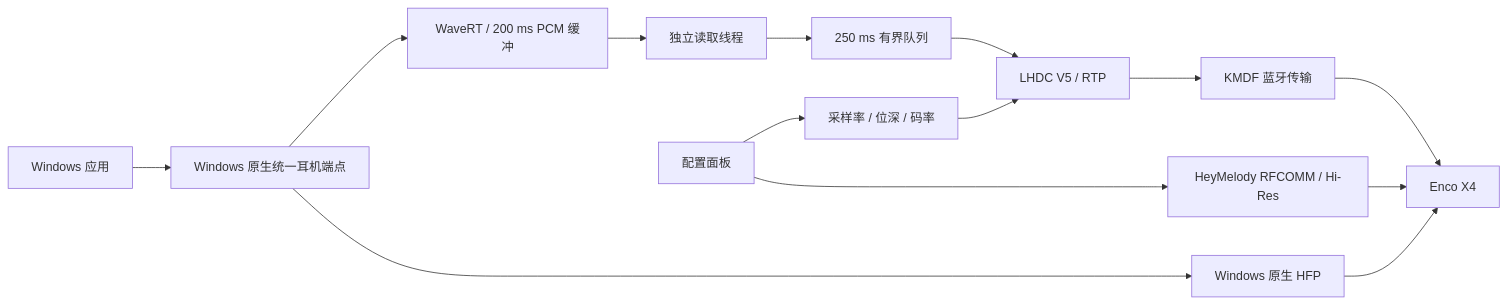
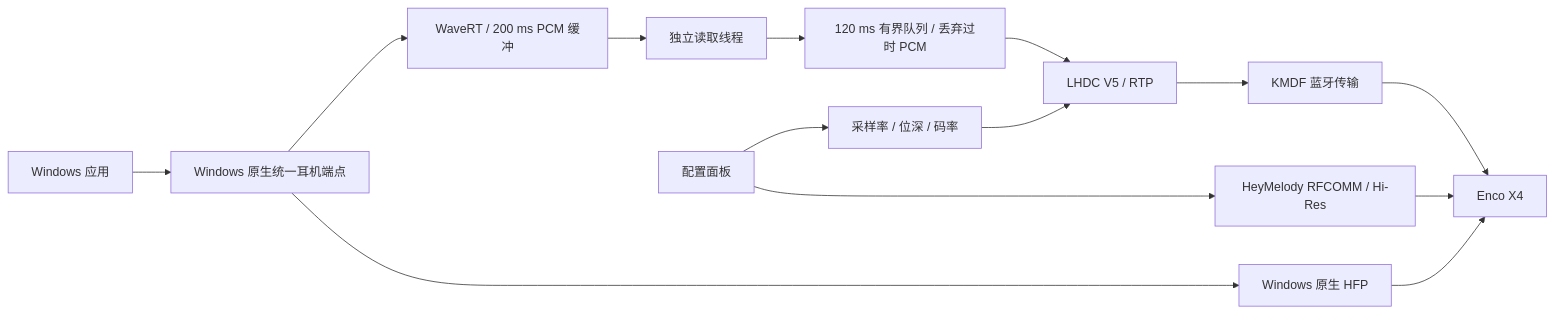
One commit to Wayne-u/LHDC-Win changed the diagram in docs/architecture.md. Above: the diagram before and after it, drawn with Mermaid. The commit also changed other lines of this file and 54 other files, not shown here.

````diff
--- a/docs/architecture.md
+++ b/docs/architecture.md
@@ -5,16 +5,16 @@
 ```mermaid
 flowchart LR
     App[Windows 应用] --> Endpoint[Windows 原生统一耳机端点]
     Endpoint --> WaveRT[WaveRT / 200 ms PCM 缓冲]
     WaveRT --> Reader[独立读取线程]
-    Reader --> Queue[250 ms 有界队列]
+    Reader --> Queue[120 ms 有界队列 / 丢弃过时 PCM]
     Queue --> Encode[LHDC V5 / RTP]
     Encode --> Transport[KMDF 蓝牙传输]
     Transport --> Earbuds[Enco X4]
     Endpoint --> HFP[Windows 原生 HFP]
     HFP --> Earbuds
     Panel[配置面板] --> Profile[采样率 / 位深 / 码率]
     Panel --> Control[HeyMelody RFCOMM / Hi-Res]
     Control --> Earbuds
     Profile --> Encode
 ```
````
